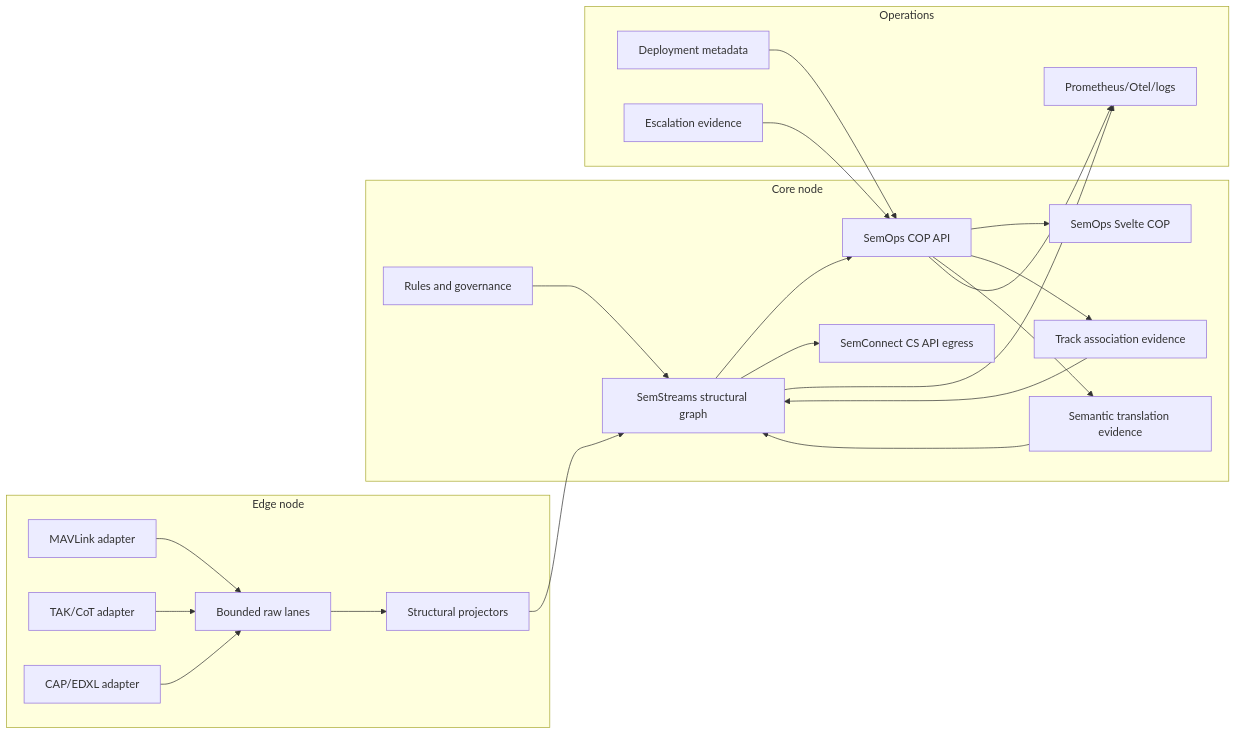
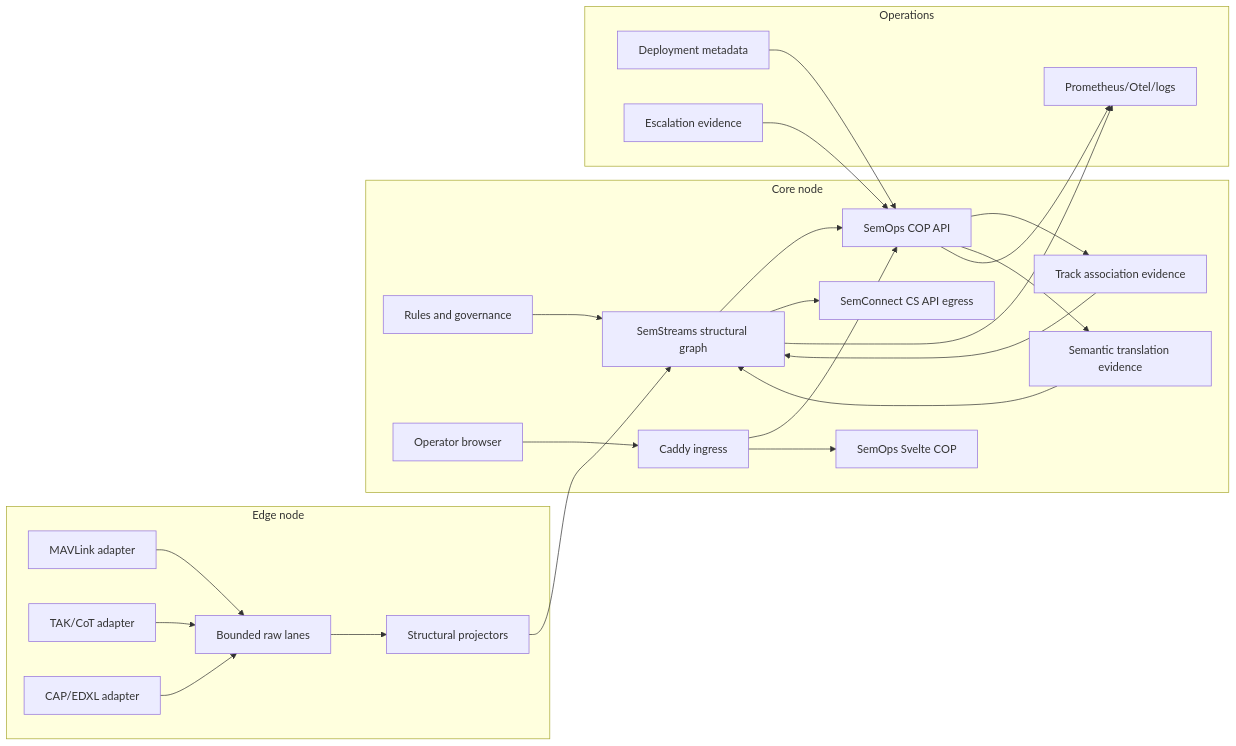
The diagram in docs/cop-demo-revival-architecture.md (C360Studio/semops), drawn with Mermaid before and after one commit. The commit also changed other lines of this file and 36 other files, not shown here.

````diff
--- a/docs/cop-demo-revival-architecture.md
+++ b/docs/cop-demo-revival-architecture.md
@@ -190,44 +195,48 @@
 ```mermaid
 flowchart LR
     subgraph Edge["Edge node"]
         MAV["MAVLink adapter"]
         COT["TAK/CoT adapter"]
         CAP["CAP/EDXL adapter"]
         RAW["Bounded raw lanes"]
         PROJ["Structural projectors"]
     end
 
     subgraph Core["Core node"]
         SS["SemStreams structural graph"]
         RULES["Rules and governance"]
         ASSOC["Track association evidence"]
         SEM["Semantic translation evidence"]
         API["SemOps COP API"]
+        INGRESS["Caddy ingress"]
         UI["SemOps Svelte COP"]
+        BROWSER["Operator browser"]
         CS["SemConnect CS API egress"]
     end
 
     subgraph Ops["Operations"]
         MAN["Deployment metadata"]
         POL["Escalation evidence"]
         OBS["Prometheus/Otel/logs"]
     end
 
     MAV --> RAW
     COT --> RAW
     CAP --> RAW
     RAW --> PROJ
     PROJ --> SS
     RULES --> SS
     SS --> API
-    API --> UI
+    BROWSER --> INGRESS
+    INGRESS --> API
+    INGRESS --> UI
     SS --> CS
     MAN --> API
     POL --> API
     API --> ASSOC
     API --> SEM
     ASSOC --> SS
     SEM --> SS
     SS --> OBS
     API --> OBS
 ```
````
